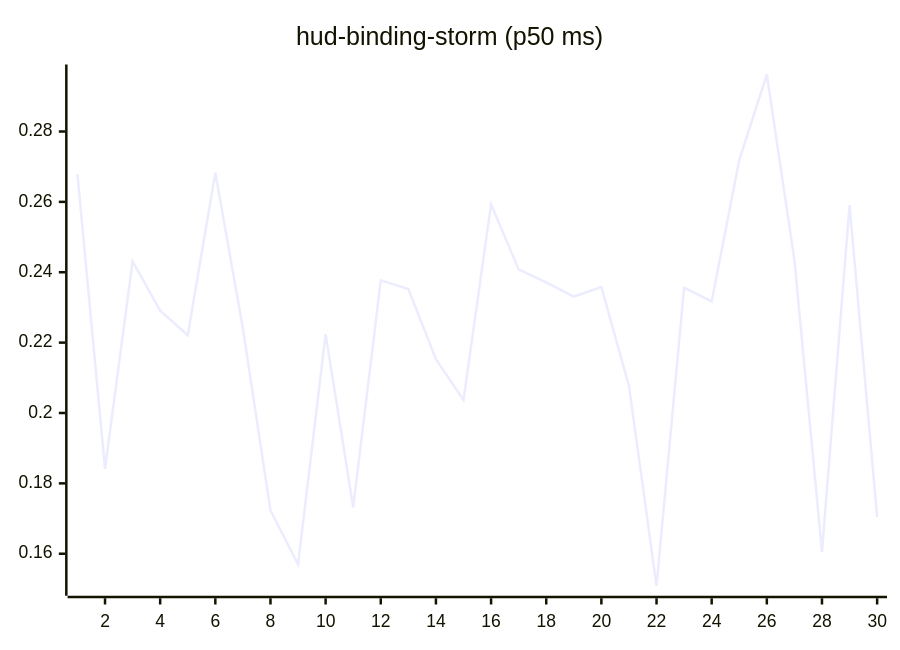
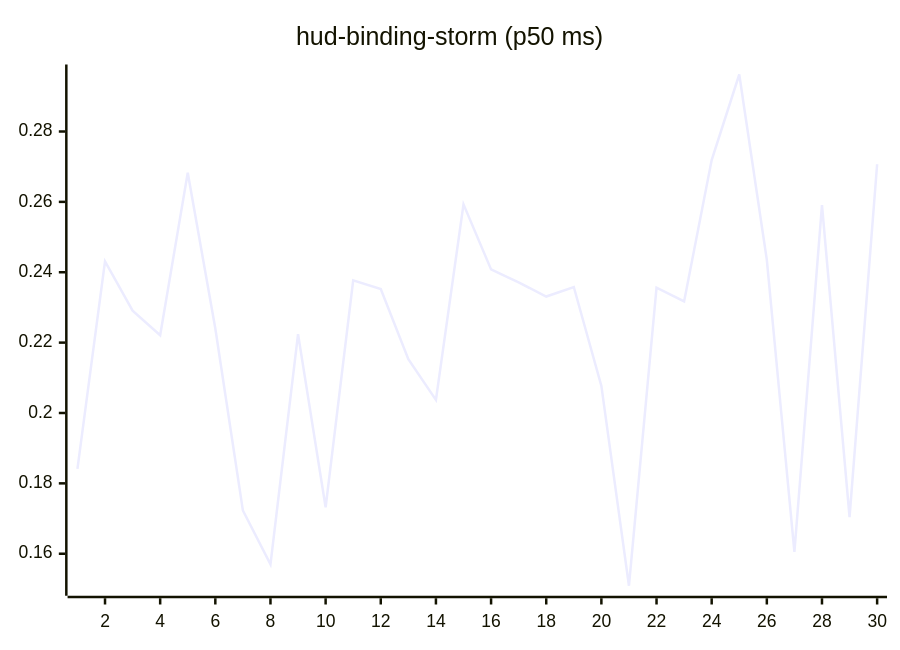
One commit to josha/Facet changed the tenth of 27 diagrams in README.md. Above: the diagram before and after it, drawn with Mermaid. The commit also changed other lines of this file and 2 other files, not shown here.

````diff
--- a/README.md
+++ b/README.md
@@ -126,6 +126,6 @@
 ```mermaid
 xychart-beta
     title "hud-binding-storm (p50 ms)"
     x-axis 1 --> 30
-    line [0.2679, 0.1841, 0.2431, 0.2291, 0.2221, 0.2683, 0.2240, 0.1723, 0.1570, 0.2224, 0.1732, 0.2377, 0.2352, 0.2153, 0.2037, 0.2593, 0.2408, 0.2371, 0.2331, 0.2358, 0.2077, 0.1509, 0.2356, 0.2317, 0.2719, 0.2962, 0.2435, 0.1605, 0.2591, 0.1704]
+    line [0.1841, 0.2431, 0.2291, 0.2221, 0.2683, 0.2240, 0.1723, 0.1570, 0.2224, 0.1732, 0.2377, 0.2352, 0.2153, 0.2037, 0.2593, 0.2408, 0.2371, 0.2331, 0.2358, 0.2077, 0.1509, 0.2356, 0.2317, 0.2719, 0.2962, 0.2435, 0.1605, 0.2591, 0.1704, 0.2707]
 ```
````
